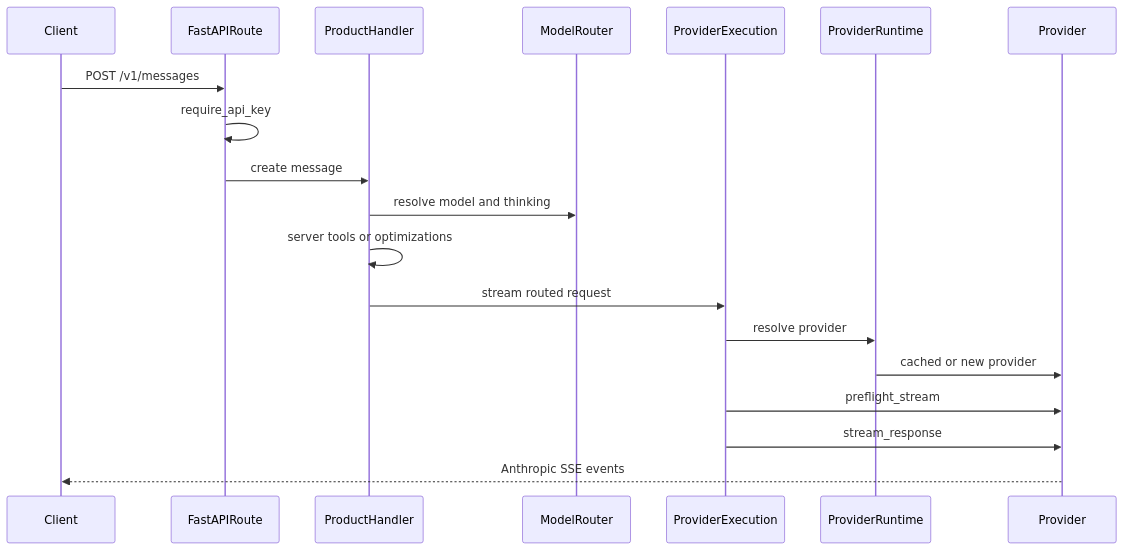
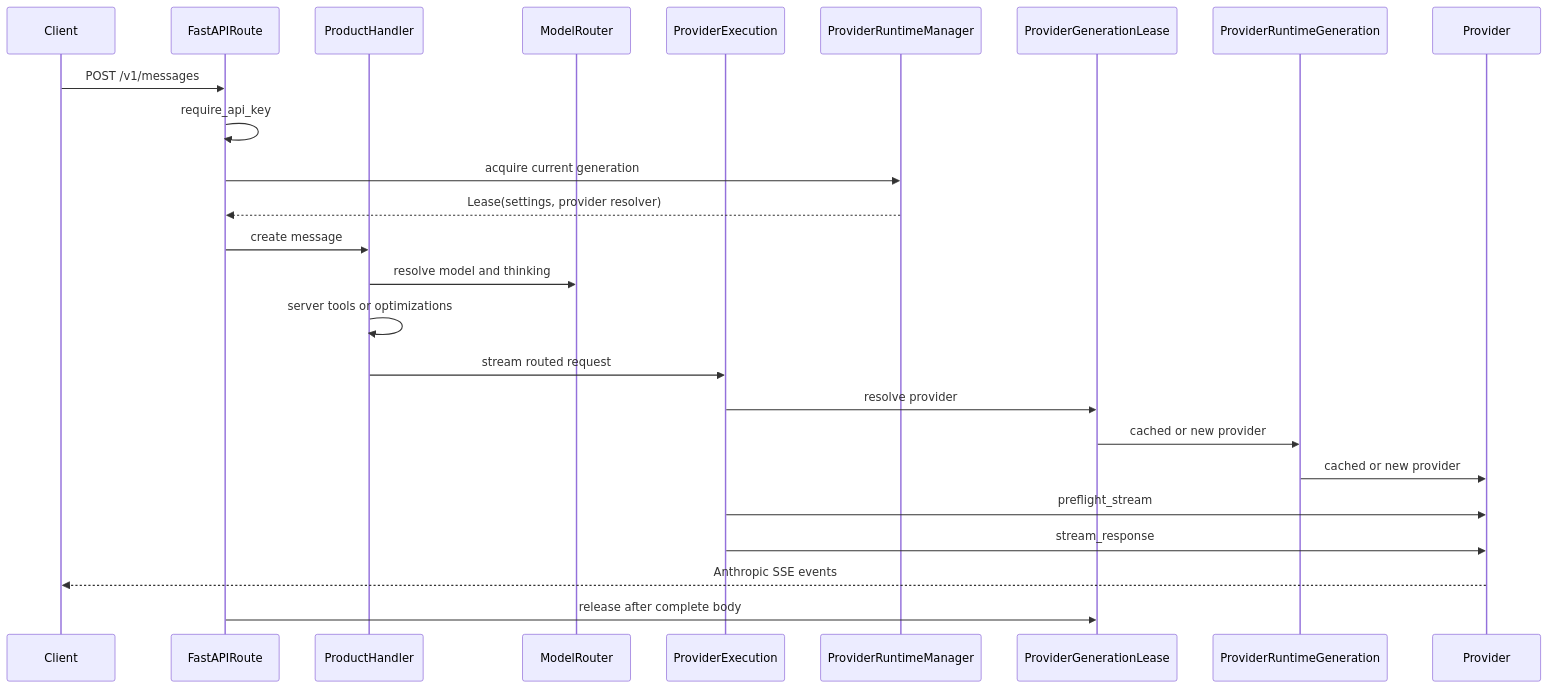
Before and after one commit to shinmentakezo07/shin07: the second of 3 diagrams in ARCHITECTURE.md, drawn with Mermaid. The commit also changed other lines of this file and 61 other files, not shown here.

First line of the commit message:
Establish single-owner runtime with stream-safe provider hot swaps (#1036)

````diff
--- a/ARCHITECTURE.md
+++ b/ARCHITECTURE.md
@@ -272,22 +290,28 @@
 ```mermaid
 sequenceDiagram
     participant Client
     participant Route as FastAPIRoute
     participant Handler as ProductHandler
     participant Router as ModelRouter
     participant Exec as ProviderExecution
-    participant Runtime as ProviderRuntime
+    participant Manager as ProviderRuntimeManager
+    participant Lease as ProviderGenerationLease
+    participant Runtime as ProviderRuntimeGeneration
     participant Provider
 
     Client->>Route: POST /v1/messages
     Route->>Route: require_api_key
+    Route->>Manager: acquire current generation
+    Manager-->>Route: Lease(settings, provider resolver)
     Route->>Handler: create message
     Handler->>Router: resolve model and thinking
     Handler->>Handler: server tools or optimizations
     Handler->>Exec: stream routed request
-    Exec->>Runtime: resolve provider
+    Exec->>Lease: resolve provider
+    Lease->>Runtime: cached or new provider
     Runtime->>Provider: cached or new provider
     Exec->>Provider: preflight_stream
     Exec->>Provider: stream_response
     Provider-->>Client: Anthropic SSE events
+    Route->>Lease: release after complete body
 ```
````
